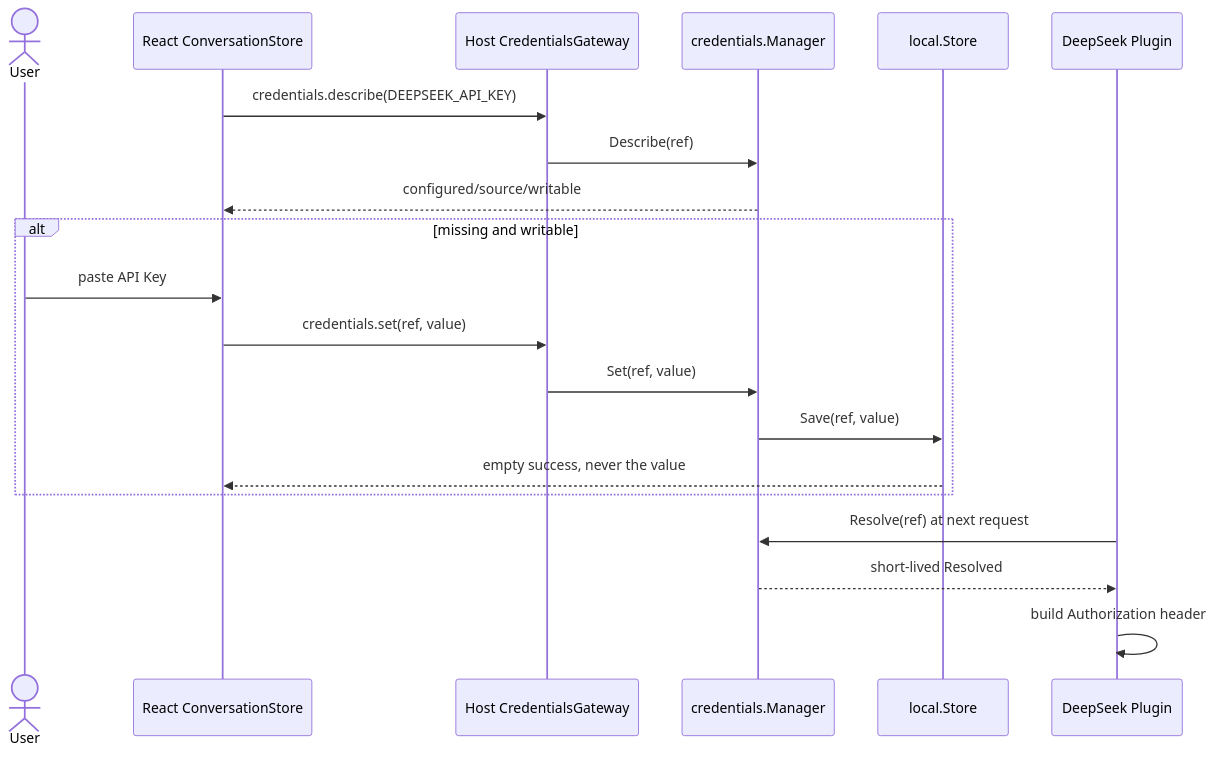
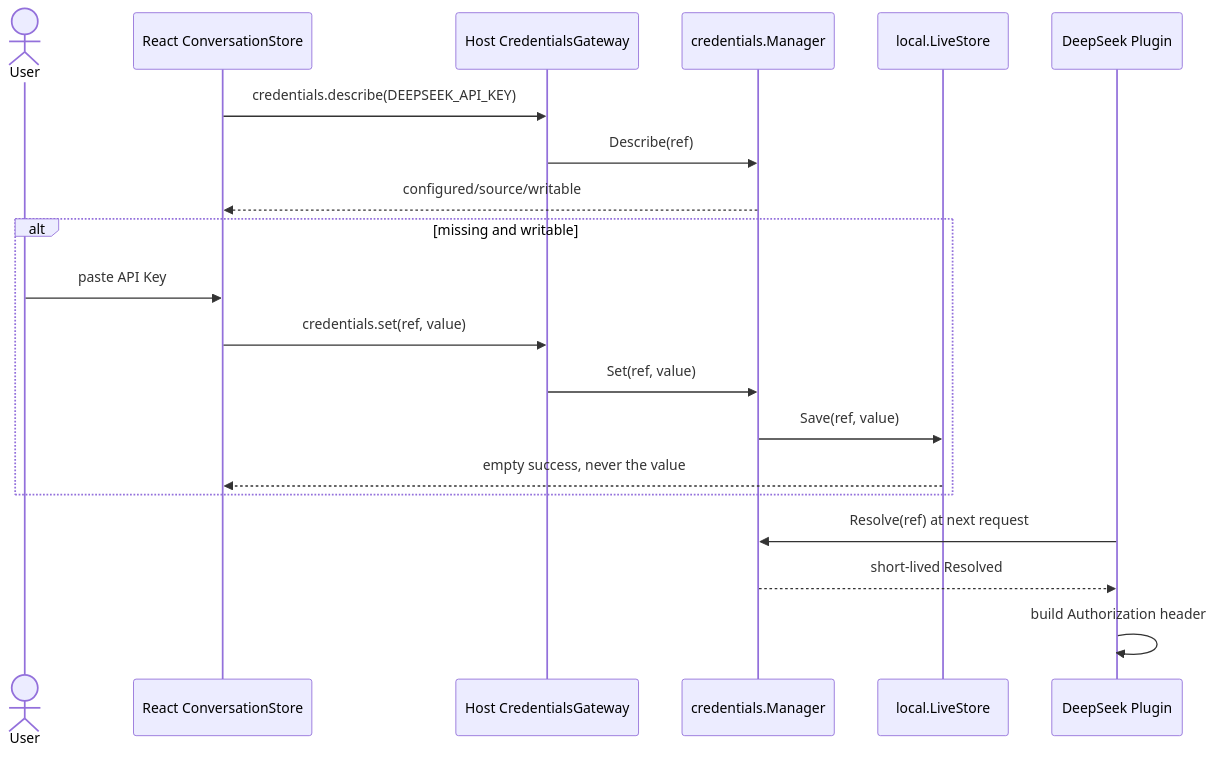
One commit to gorenx/goren changed the third of 3 diagrams in zh-CN/22-credentials-and-api-key-management.md. Above: the diagram before and after it, drawn with Mermaid. The commit also changed other lines of this file and 27 other files, not shown here.

````diff
--- a/zh-CN/22-credentials-and-api-key-management.md
+++ b/zh-CN/22-credentials-and-api-key-management.md
@@ -115,23 +115,23 @@
 ```mermaid
 sequenceDiagram
     actor U as User
     participant W as React ConversationStore
     participant H as Host CredentialsGateway
     participant M as credentials.Manager
-    participant S as local.Store
+    participant S as local.LiveStore
     participant D as DeepSeek Plugin
 
     W->>H: credentials.describe(DEEPSEEK_API_KEY)
     H->>M: Describe(ref)
     M-->>W: configured/source/writable
     alt missing and writable
         U->>W: paste API Key
         W->>H: credentials.set(ref, value)
         H->>M: Set(ref, value)
         M->>S: Save(ref, value)
         S-->>W: empty success, never the value
     end
     D->>M: Resolve(ref) at next request
     M-->>D: short-lived Resolved
     D->>D: build Authorization header
 ```
````
